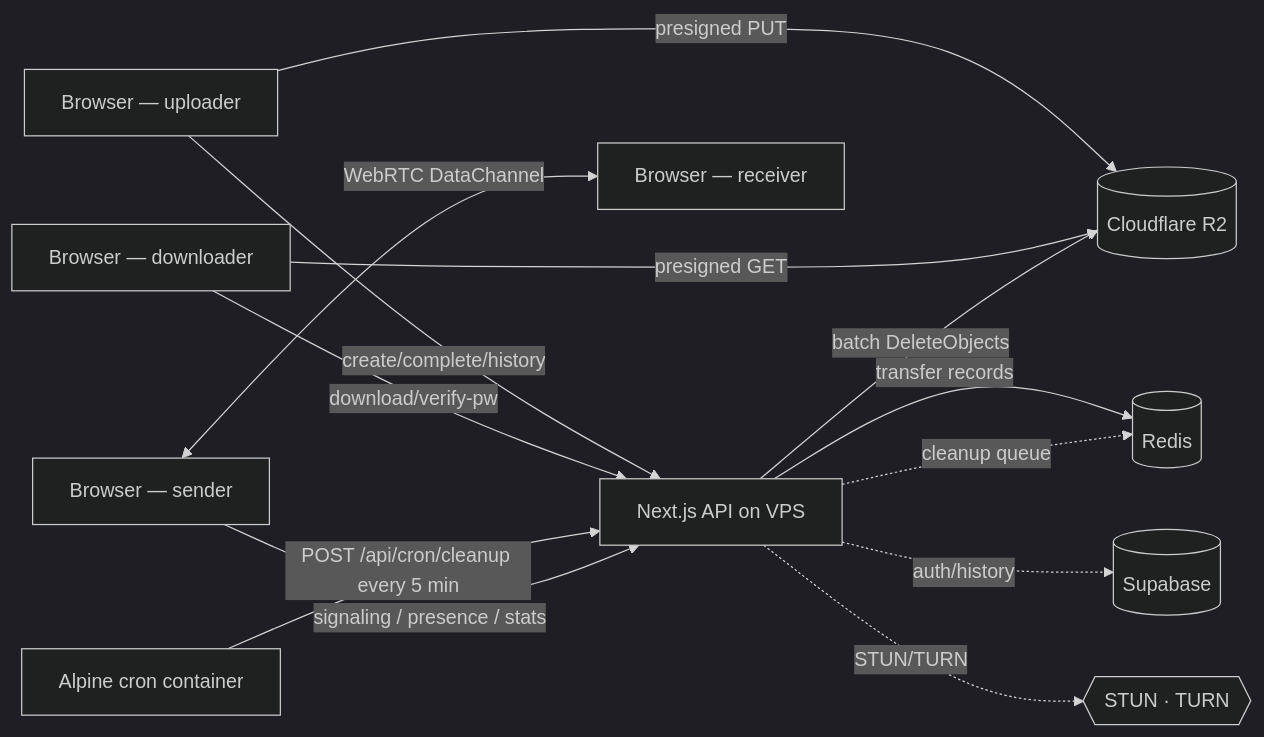
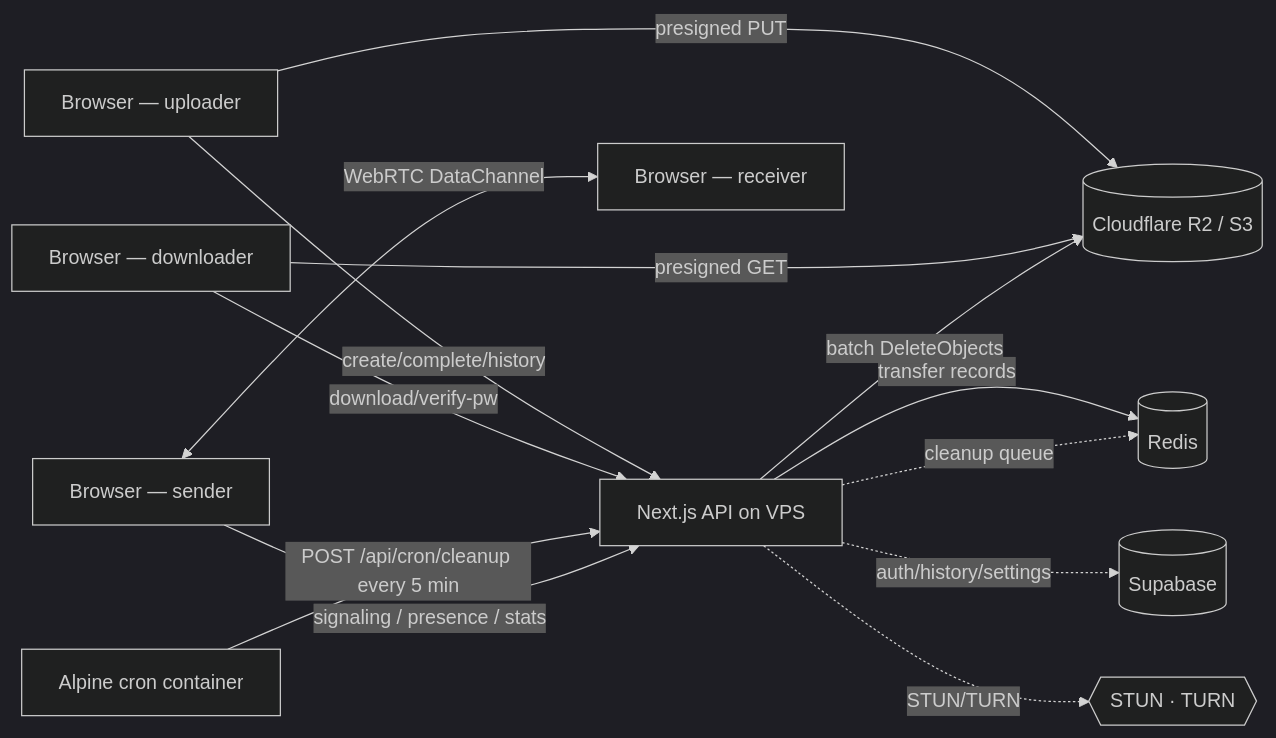
One commit to zestcommerce841428-png/zync changed the diagram in README.md. Above: the diagram before and after it, drawn with Mermaid (dark theme). The commit also changed other lines of this file and 2 other files, not shown here.

````diff
--- a/README.md
+++ b/README.md
@@ -92,16 +95,16 @@
 ```mermaid
 flowchart LR
-    A[Browser — uploader] -- "presigned PUT" --> R2[(Cloudflare R2)]
+    A[Browser — uploader] -- "presigned PUT" --> R2[(Cloudflare R2 / S3)]
     B[Browser — downloader] -- "presigned GET" --> R2
     A -- "create/complete/history" --> N[Next.js API on VPS]
     B -- "download/verify-pw" --> N
     N -- "transfer records" --> RD[(Redis)]
-    N -. "auth/history" .-> SB[(Supabase)]
+    N -. "auth/history/settings" .-> SB[(Supabase)]
     N -. "cleanup queue" .-> RD
     CRON[Alpine cron container] -- "POST /api/cron/cleanup every 5 min" --> N
     N -- "batch DeleteObjects" --> R2
 
     P2P_A[Browser — sender] <-- "WebRTC DataChannel" --> P2P_B[Browser — receiver]
     P2P_A -- "signaling / presence / stats" --> N
     N -. "STUN/TURN" .-> T{{STUN · TURN}}
 ```
````
